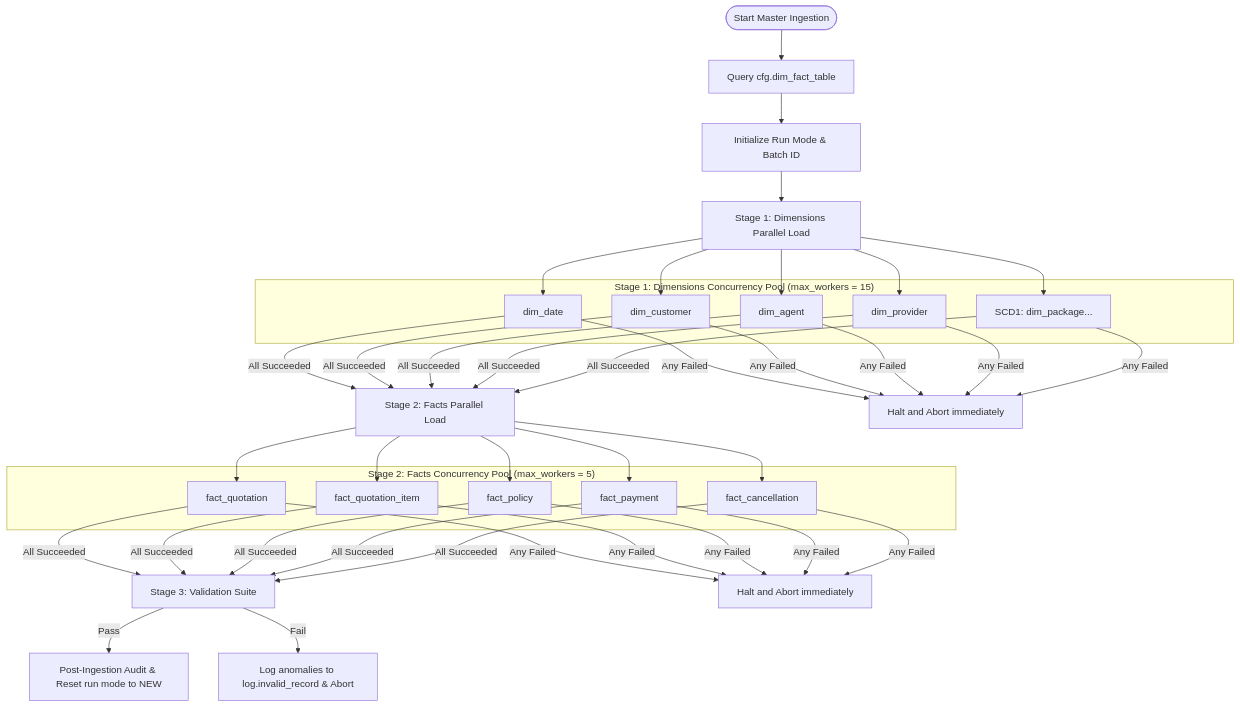
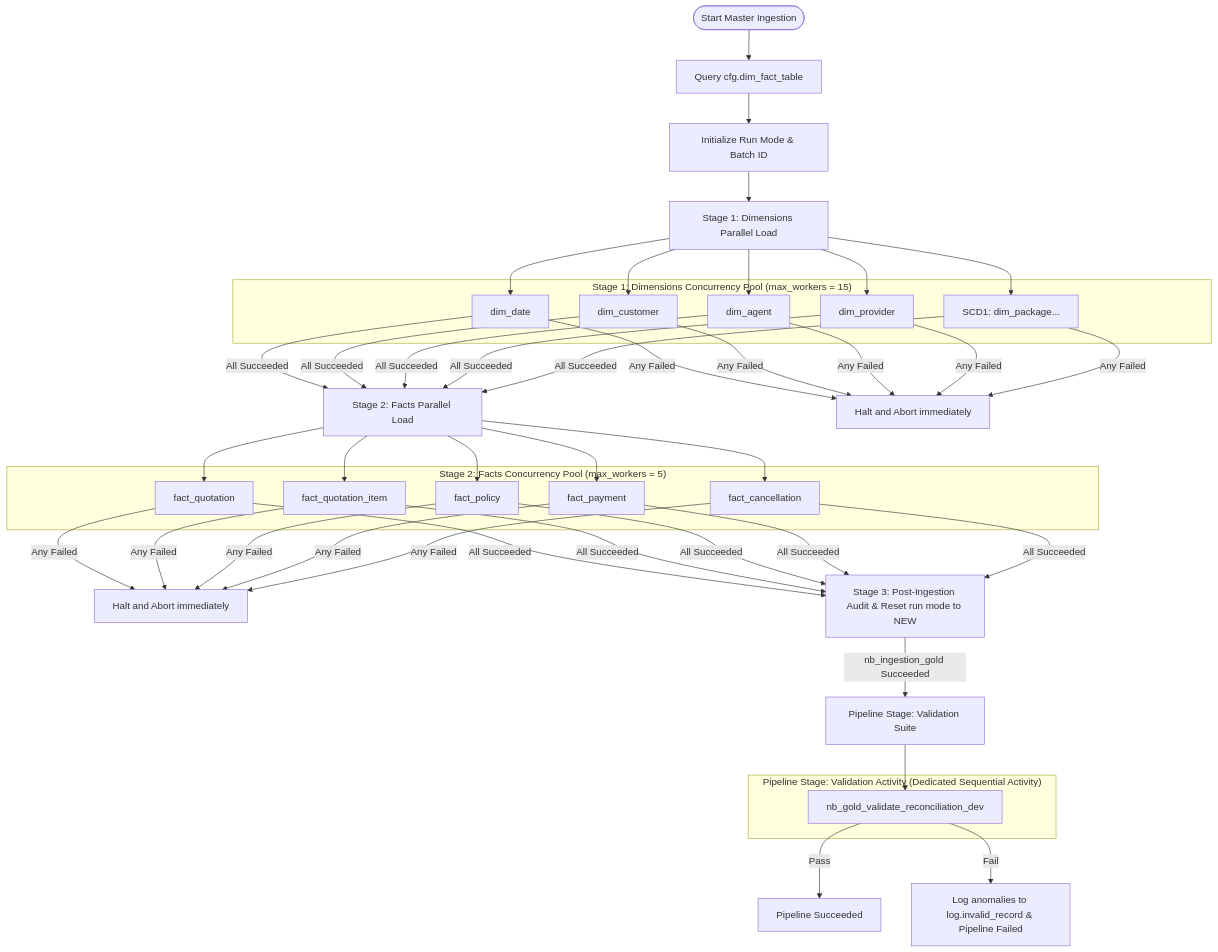
Before and after one commit to anhtnt90dev/rookies-data-dn-2026: the second of 3 diagrams in docs/fabric-strategy-for-implementing-gold-layer/01-orchestration-and-concurrency.md, drawn with Mermaid. The commit also changed other lines of this file and 3 other files, not shown here.

Commit message:
docs(gold): add comprehensive documentation for Gold layer architecture, orchestration, audit, and pipeline recovery strategies

````diff
--- a/docs/fabric-strategy-for-implementing-gold-layer/01-orchestration-and-concurrency.md
+++ b/docs/fabric-strategy-for-implementing-gold-layer/01-orchestration-and-concurrency.md
@@ -33,33 +33,40 @@
 ```mermaid
 graph TD
     Start([Start Master Ingestion]) --> FetchConfig[Query cfg.dim_fact_table]
     FetchConfig --> InitContext[Initialize Run Mode & Batch ID]
     
     InitContext --> Stage1[Stage 1: Dimensions Parallel Load]
     subgraph "Stage 1: Dimensions Concurrency Pool (max_workers = 15)"
         D1[dim_date]
         D2[dim_customer]
         D3[dim_agent]
         D4[dim_provider]
         D5["SCD1: dim_package..."]
     end
     Stage1 --> D1 & D2 & D3 & D4 & D5
     
     D1 & D2 & D3 & D4 & D5 -->|All Succeeded| Stage2[Stage 2: Facts Parallel Load]
     D1 & D2 & D3 & D4 & D5 -->|Any Failed| Halt1[Halt and Abort immediately]
     
     subgraph "Stage 2: Facts Concurrency Pool (max_workers = 5)"
         F1[fact_quotation]
         F2[fact_quotation_item]
         F3[fact_policy]
         F4[fact_payment]
         F5[fact_cancellation]
     end
     Stage2 --> F1 & F2 & F3 & F4 & F5
     
-    F1 & F2 & F3 & F4 & F5 -->|All Succeeded| Stage3[Stage 3: Validation Suite]
     F1 & F2 & F3 & F4 & F5 -->|Any Failed| Halt2[Halt and Abort immediately]
+    F1 & F2 & F3 & F4 & F5 -->|All Succeeded| Stage3[Stage 3: Post-Ingestion Audit & Reset run mode to NEW]
     
-    Stage3 -->|Pass| Success[Post-Ingestion Audit & Reset run mode to NEW]
-    Stage3 -->|Fail| Halt3[Log anomalies to log.invalid_record & Abort]
+    Stage3 -->|nb_ingestion_gold Succeeded| Stage4[Pipeline Stage: Validation Suite]
+    
+    subgraph "Pipeline Stage: Validation Activity (Dedicated Sequential Activity)"
+        V1[nb_gold_validate_reconciliation_dev]
+    end
+    Stage4 --> V1
+    
+    V1 -->|Pass| Success[Pipeline Succeeded]
+    V1 -->|Fail| Halt3[Log anomalies to log.invalid_record & Pipeline Failed]
 ```
````
